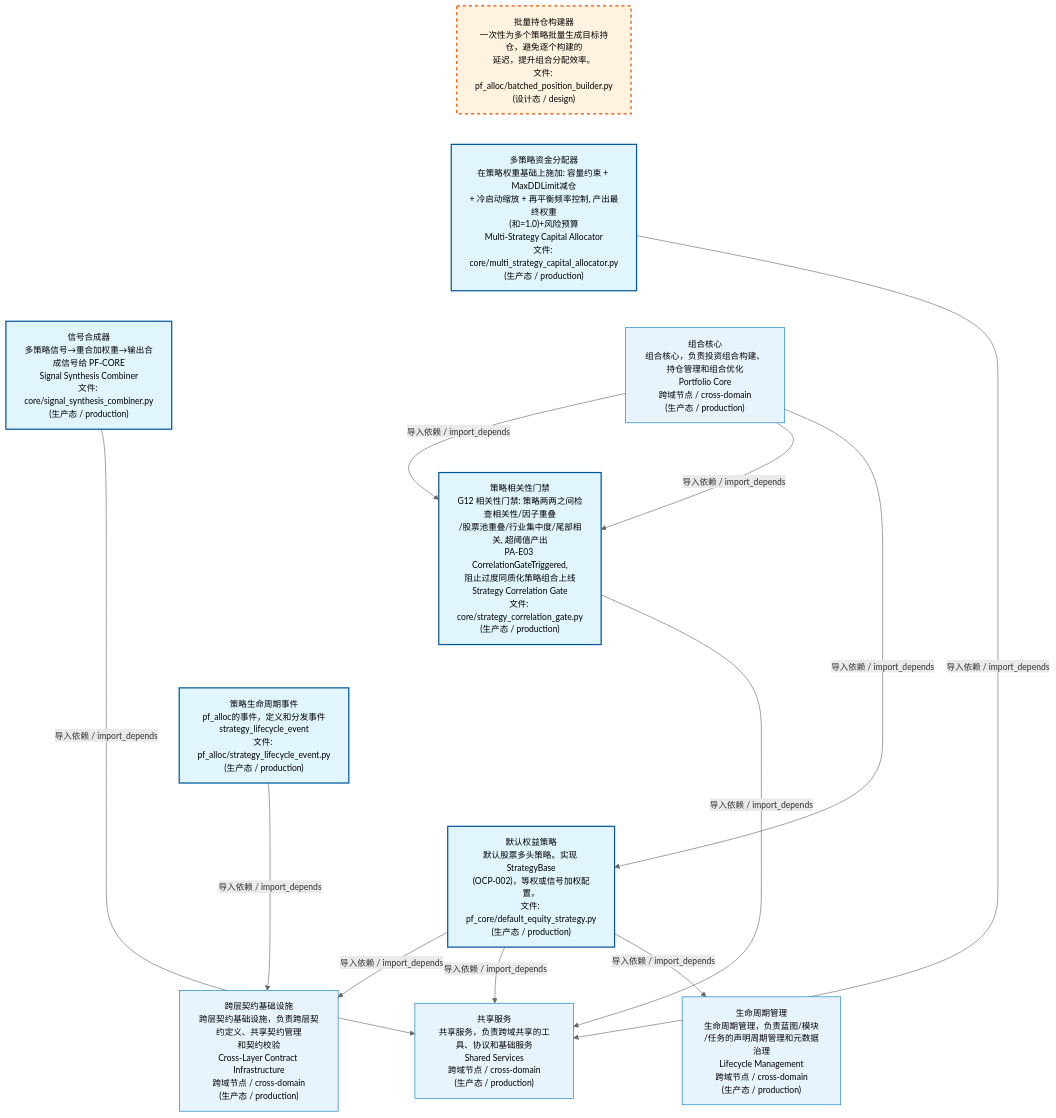
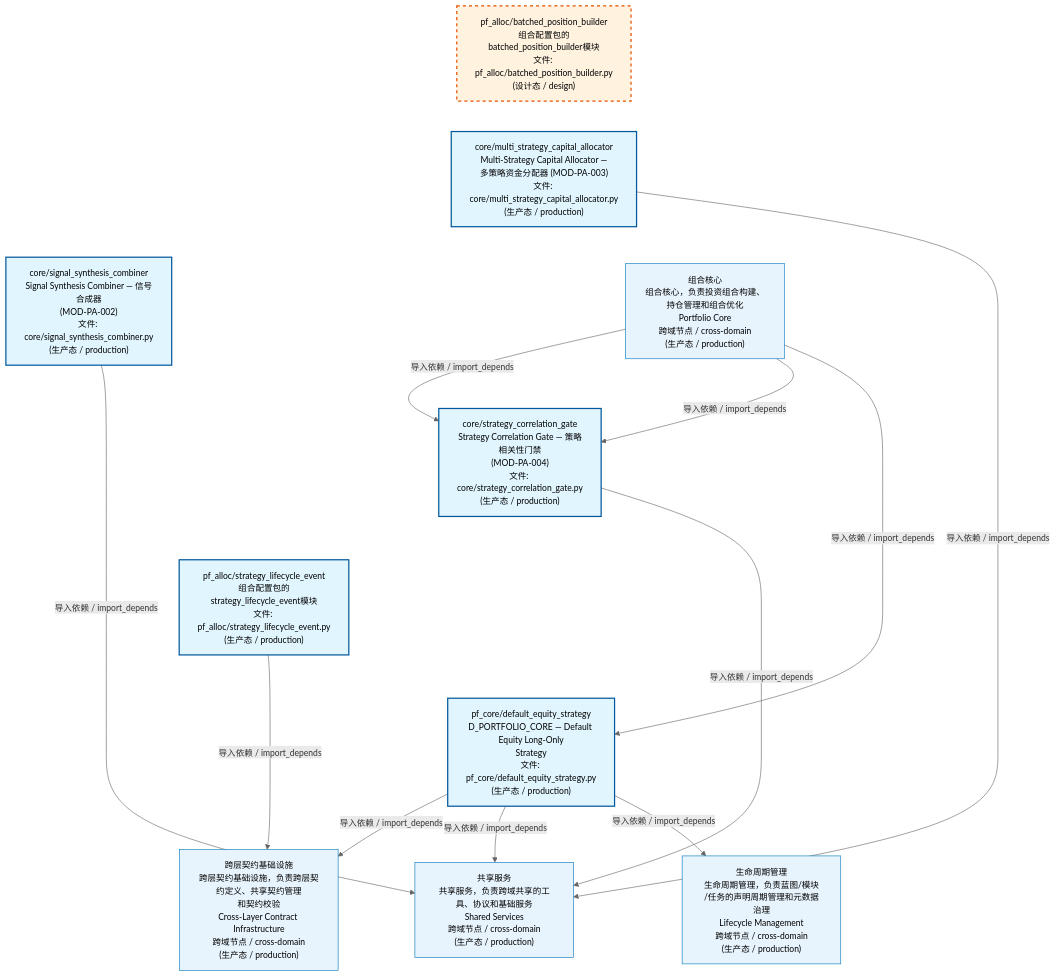
One commit to xuanFelixVan/ZephyrAlpha changed the first of 4 diagrams in docs/02_enterprise_architecture/02_domain_architecture_docs/62_d_pf_alloc.md. Above: the diagram before and after it, drawn with Mermaid. The commit also changed other lines of this file and 50 other files, not shown here.

````diff
--- a/docs/02_enterprise_architecture/02_domain_architecture_docs/62_d_pf_alloc.md
+++ b/docs/02_enterprise_architecture/02_domain_architecture_docs/62_d_pf_alloc.md
@@ -53,36 +53,36 @@
 ```mermaid
 %%{init: {'theme': 'base', 'themeVariables': {'primaryColor': '#eaeaea', 'primaryTextColor': '#333333', 'primaryBorderColor': '#666666', 'lineColor': '#666666', 'secondaryColor': '#eaeaea', 'tertiaryColor': '#eaeaea', 'fontSize': '14px'}}}%%
 flowchart TD
-    src_zephyr_pf_alloc_batched_position_builder_py["批量持仓构建器<br/>一次性为多个策略批量生成目标持仓，避免逐个构建的<br/>延迟，提升组合分配效率。<br/>文件: pf_alloc/batched_position_builder.py<br/>(设计态 / design)"]
-    src_zephyr_pf_alloc_core_multi_strategy_capital_allocator_py["多策略资金分配器<br/>在策略权重基础上施加: 容量约束 + MaxDDLimit减仓<br/>+ 冷启动缩放 + 再平衡频率控制, 产出最终权重<br/>(和=1.0)+风险预算<br/>Multi-Strategy Capital Allocator<br/>文件: core/multi_strategy_capital_allocator.py<br/>(生产态 / production)"]
-    src_zephyr_pf_alloc_core_signal_synthesis_combiner_py["信号合成器<br/>多策略信号→重合加权重→输出合成信号给 PF-CORE<br/>Signal Synthesis Combiner<br/>文件: core/signal_synthesis_combiner.py<br/>(生产态 / production)"]
-    src_zephyr_pf_alloc_core_strategy_correlation_gate_py["策略相关性门禁<br/>G12 相关性门禁: 策略两两之间检查相关性/因子重叠<br/>/股票池重叠/行业集中度/尾部相关, 超阈值产出<br/>PA-E03 CorrelationGateTriggered,<br/>阻止过度同质化策略组合上线<br/>Strategy Correlation Gate<br/>文件: core/strategy_correlation_gate.py<br/>(生产态 / production)"]
-    src_zephyr_pf_alloc_strategy_lifecycle_event_py["策略生命周期事件<br/>pf_alloc的事件，定义和分发事件<br/>strategy_lifecycle_event<br/>文件: pf_alloc/strategy_lifecycle_event.py<br/>(生产态 / production)"]
-    src_zephyr_pf_core_default_equity_strategy_py["默认权益策略<br/>默认股票多头策略。实现 StrategyBase<br/>(OCP-002)，等权或信号加权配置。<br/>文件: pf_core/default_equity_strategy.py<br/>(生产态 / production)"]
+    src_zephyr_pf_alloc_batched_position_builder_py["pf_alloc/batched_position_builder<br/>组合配置包的batched_position_builder模块<br/>文件: pf_alloc/batched_position_builder.py<br/>(设计态 / design)"]
+    src_zephyr_pf_alloc_core_multi_strategy_capital_allocator_py["core/multi_strategy_capital_allocator<br/>Multi-Strategy Capital Allocator —<br/>多策略资金分配器 (MOD-PA-003)<br/>文件: core/multi_strategy_capital_allocator.py<br/>(生产态 / production)"]
+    src_zephyr_pf_alloc_core_signal_synthesis_combiner_py["core/signal_synthesis_combiner<br/>Signal Synthesis Combiner — 信号合成器<br/>(MOD-PA-002)<br/>文件: core/signal_synthesis_combiner.py<br/>(生产态 / production)"]
+    src_zephyr_pf_alloc_core_strategy_correlation_gate_py["core/strategy_correlation_gate<br/>Strategy Correlation Gate — 策略相关性门禁<br/>(MOD-PA-004)<br/>文件: core/strategy_correlation_gate.py<br/>(生产态 / production)"]
+    src_zephyr_pf_alloc_strategy_lifecycle_event_py["pf_alloc/strategy_lifecycle_event<br/>组合配置包的strategy_lifecycle_event模块<br/>文件: pf_alloc/strategy_lifecycle_event.py<br/>(生产态 / production)"]
+    src_zephyr_pf_core_default_equity_strategy_py["pf_core/default_equity_strategy<br/>D_PORTFOLIO_CORE — Default Equity Long-Only<br/>Strategy<br/>文件: pf_core/default_equity_strategy.py<br/>(生产态 / production)"]
     src_zephyr_pf_alloc_batched_position_builder_py ~~~ src_zephyr_pf_alloc_core_multi_strategy_capital_allocator_py
     src_zephyr_pf_alloc_core_multi_strategy_capital_allocator_py ~~~ src_zephyr_pf_alloc_core_signal_synthesis_combiner_py
     src_zephyr_pf_alloc_core_signal_synthesis_combiner_py ~~~ src_zephyr_pf_alloc_core_strategy_correlation_gate_py
     src_zephyr_pf_alloc_core_strategy_correlation_gate_py ~~~ src_zephyr_pf_alloc_strategy_lifecycle_event_py
     src_zephyr_pf_alloc_strategy_lifecycle_event_py ~~~ src_zephyr_pf_core_default_equity_strategy_py
     D_SHARED["共享服务<br/>共享服务，负责跨域共享的工具、协议和基础服务<br/>Shared Services<br/>跨域节点 / cross-domain<br/>(生产态 / production)"]
     src_zephyr_pf_alloc_core_multi_strategy_capital_allocator_py -->|导入依赖 / import_depends| D_SHARED
     src_zephyr_pf_alloc_core_strategy_correlation_gate_py -->|导入依赖 / import_depends| D_SHARED
     src_zephyr_pf_alloc_core_signal_synthesis_combiner_py -->|导入依赖 / import_depends| D_SHARED
     D_INFRASTRUCTURE["跨层契约基础设施<br/>跨层契约基础设施，负责跨层契约定义、共享契约管理<br/>和契约校验<br/>Cross-Layer Contract Infrastructure<br/>跨域节点 / cross-domain<br/>(生产态 / production)"]
     src_zephyr_pf_core_default_equity_strategy_py -->|导入依赖 / import_depends| D_INFRASTRUCTURE
     src_zephyr_pf_alloc_strategy_lifecycle_event_py -->|导入依赖 / import_depends| D_INFRASTRUCTURE
     src_zephyr_pf_core_default_equity_strategy_py -->|导入依赖 / import_depends| D_SHARED
     D_GOVERNANCE["生命周期管理<br/>生命周期管理，负责蓝图/模块<br/>/任务的声明周期管理和元数据治理<br/>Lifecycle Management<br/>跨域节点 / cross-domain<br/>(生产态 / production)"]
     src_zephyr_pf_core_default_equity_strategy_py -->|导入依赖 / import_depends| D_GOVERNANCE
     D_PF_CORE["组合核心<br/>组合核心，负责投资组合构建、持仓管理和组合优化<br/>Portfolio Core<br/>跨域节点 / cross-domain<br/>(生产态 / production)"]
     D_PF_CORE -->|导入依赖 / import_depends| src_zephyr_pf_alloc_core_strategy_correlation_gate_py
     D_PF_CORE -->|导入依赖 / import_depends| src_zephyr_pf_alloc_core_strategy_correlation_gate_py
     D_PF_CORE -->|导入依赖 / import_depends| src_zephyr_pf_core_default_equity_strategy_py
     classDef production fill:#e1f5fe,stroke:#01579b,stroke-width:2px,color:#000
     classDef design fill:#fff3e0,stroke:#e65100,stroke-width:2px,color:#000,stroke-dasharray: 5 5
     classDef external_prod fill:#e8f4fd,stroke:#0277bd,stroke-width:1px,color:#000
     classDef external_design fill:#fff8e7,stroke:#ef6c00,stroke-width:1px,color:#000,stroke-dasharray: 5 5
     class src_zephyr_pf_alloc_core_multi_strategy_capital_allocator_py,src_zephyr_pf_alloc_core_signal_synthesis_combiner_py,src_zephyr_pf_alloc_core_strategy_correlation_gate_py,src_zephyr_pf_alloc_strategy_lifecycle_event_py,src_zephyr_pf_core_default_equity_strategy_py production
     class src_zephyr_pf_alloc_batched_position_builder_py design
     class D_SHARED,D_INFRASTRUCTURE,D_GOVERNANCE,D_PF_CORE external_prod
 ```
````
